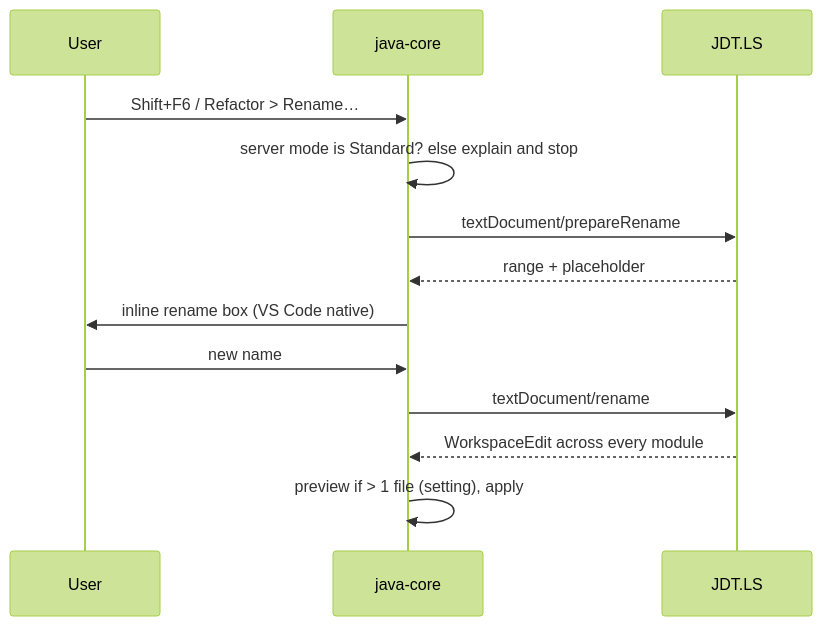
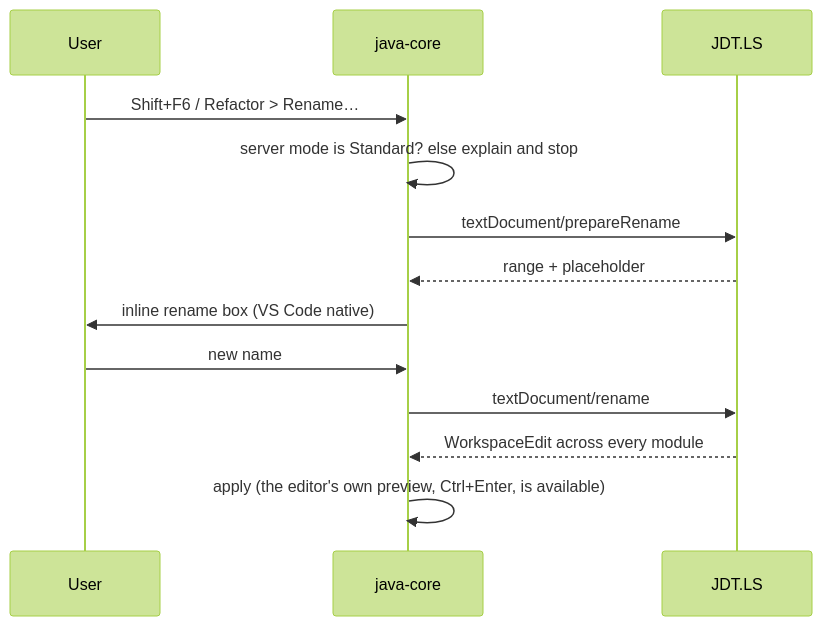
Before and after one commit to batlehub/batlehub-vsx: the second of 2 diagrams in docs/rfc/0001-java-env.md, drawn with Mermaid (forest theme). The commit also changed other lines of this file and 28 other files, not shown here.

````diff
--- a/docs/rfc/0001-java-env.md
+++ b/docs/rfc/0001-java-env.md
@@ -586,15 +610,15 @@
 ```mermaid
 sequenceDiagram
     participant U as User
     participant C as java-core
     participant LS as JDT.LS
     U->>C: Shift+F6 / Refactor > Rename…
     C->>C: server mode is Standard? else explain and stop
     C->>LS: textDocument/prepareRename
     LS-->>C: range + placeholder
     C->>U: inline rename box (VS Code native)
     U->>C: new name
     C->>LS: textDocument/rename
     LS-->>C: WorkspaceEdit across every module
-    C->>C: preview if > 1 file (setting), apply
+    C->>C: apply (the editor's own preview, Ctrl+Enter, is available)
 ```
````
